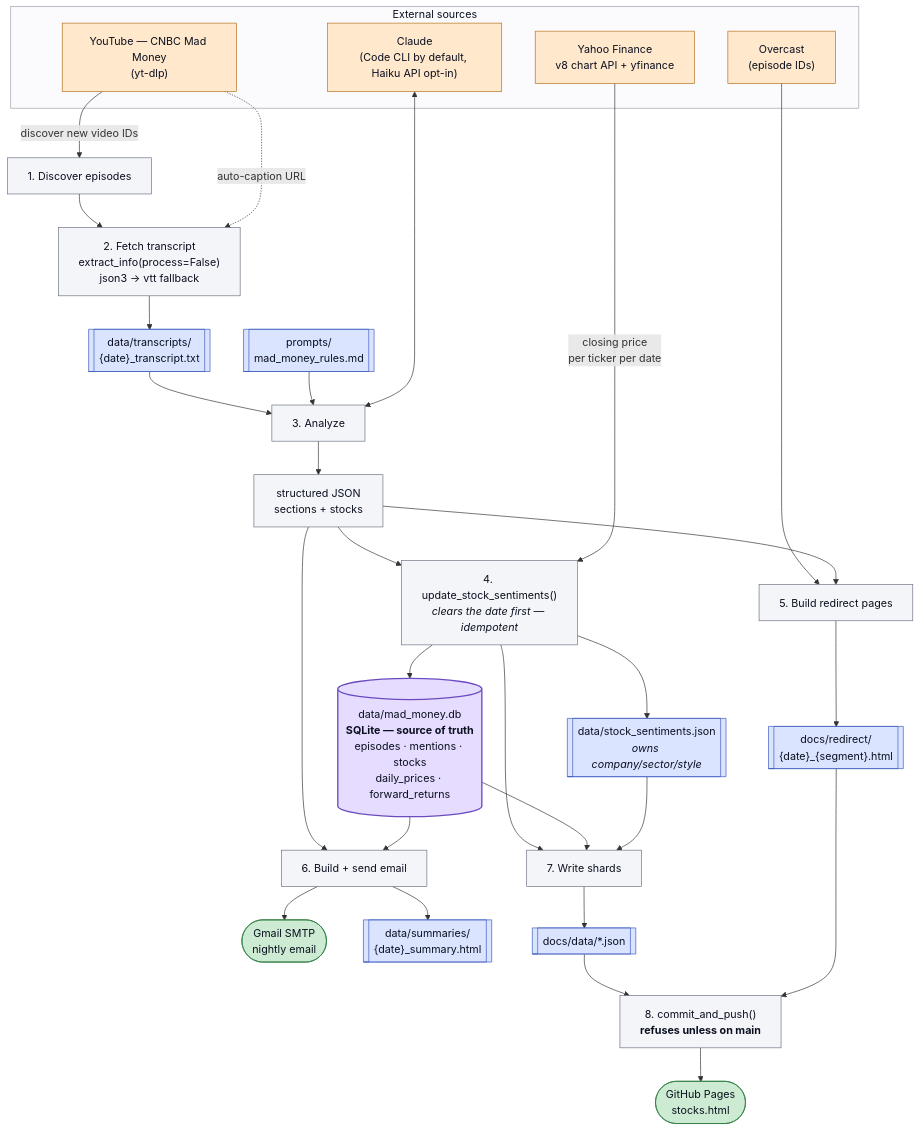
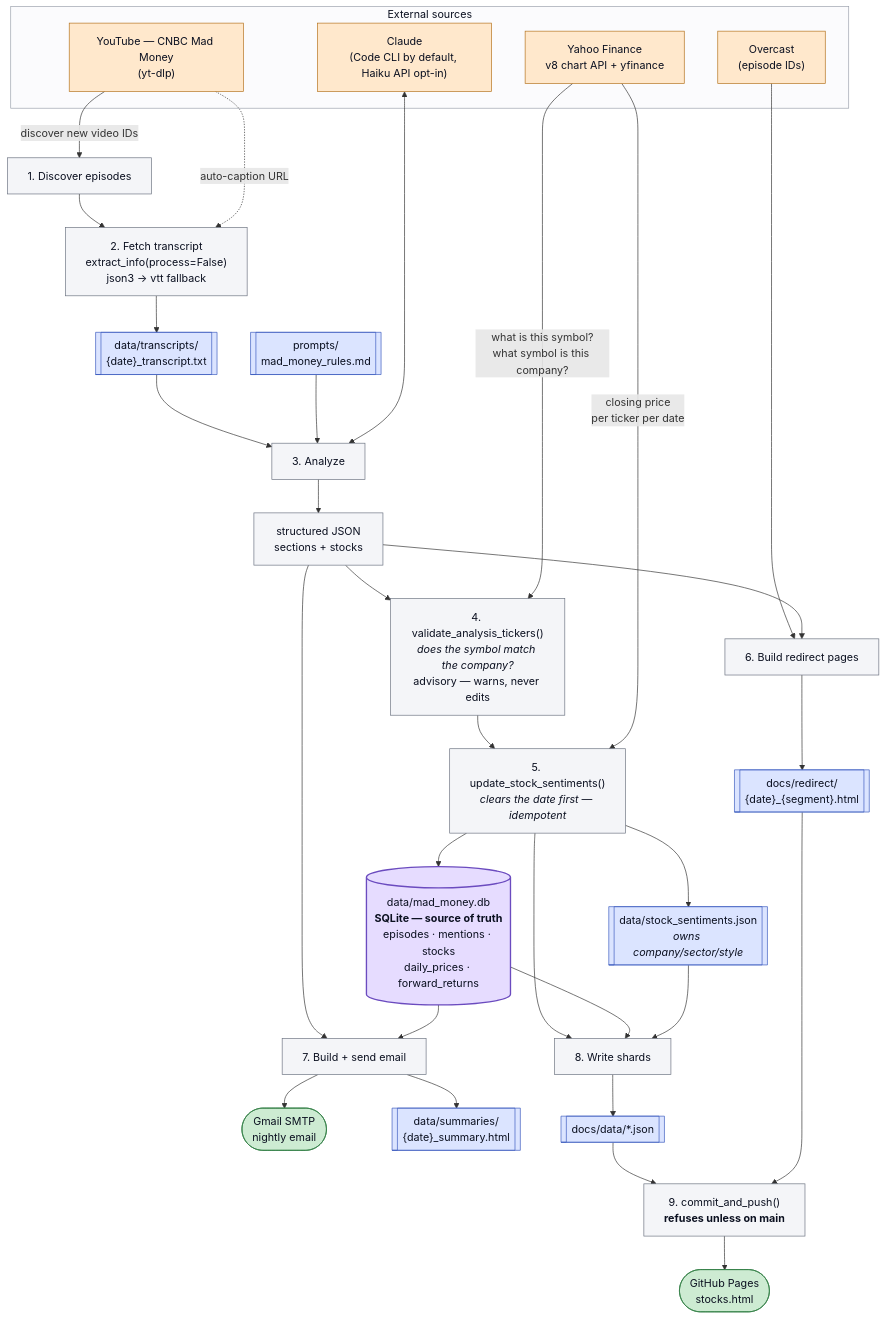
Before and after one commit to jf-silverman/yt-words: the first of 3 diagrams in notes/data-flow.md, drawn with Mermaid. The commit also changed other lines of this file and 2 other files, not shown here.

First line of the commit message:
Delete dead never-trigger prototype; bring all docs current

````diff
--- a/notes/data-flow.md
+++ b/notes/data-flow.md
@@ -10,58 +10,60 @@
 ```mermaid
 flowchart TD
     subgraph EXT["External sources"]
         YT["YouTube — CNBC Mad Money<br/>(yt-dlp)"]
         YF["Yahoo Finance<br/>v8 chart API + yfinance"]
         OC["Overcast<br/>(episode IDs)"]
         AN["Claude<br/>(Code CLI by default, Haiku API opt-in)"]
     end
 
     YT -->|"discover new video IDs"| DISC["1. Discover episodes"]
     DISC --> TR["2. Fetch transcript<br/>extract_info(process=False)<br/>json3 &rarr; vtt fallback"]
     YT -.->|"auto-caption URL"| TR
     TR --> TXT[["data/transcripts/<br/>{date}_transcript.txt"]]
 
     TXT --> ANA["3. Analyze"]
     RULES[["prompts/<br/>mad_money_rules.md"]] --> ANA
     AN <--> ANA
     ANA --> AJSON["structured JSON<br/>sections + stocks"]
 
-    AJSON --> UPD["4. update_stock_sentiments()<br/><i>clears the date first &mdash; idempotent</i>"]
+    AJSON --> VAL["4. validate_analysis_tickers()<br/><i>does the symbol match the company?</i><br/>advisory &mdash; warns, never edits"]
+    YF -->|"what is this symbol?<br/>what symbol is this company?"| VAL
+    VAL --> UPD["5. update_stock_sentiments()<br/><i>clears the date first &mdash; idempotent</i>"]
     YF -->|"closing price<br/>per ticker per date"| UPD
 
     UPD --> DB[("data/mad_money.db<br/><b>SQLite — source of truth</b><br/>episodes · mentions · stocks<br/>daily_prices · forward_returns")]
     UPD --> SS[["data/stock_sentiments.json<br/><i>owns company/sector/style</i>"]]
 
-    OC --> RED["5. Build redirect pages"]
+    OC --> RED["6. Build redirect pages"]
     AJSON --> RED
     RED --> RD[["docs/redirect/<br/>{date}_{segment}.html"]]
 
-    AJSON --> EM["6. Build + send email"]
+    AJSON --> EM["7. Build + send email"]
     DB --> EM
     EM --> MAIL(["Gmail SMTP<br/>nightly email"])
     EM --> SUM[["data/summaries/<br/>{date}_summary.html"]]
 
-    UPD --> SHARD["7. Write shards"]
+    UPD --> SHARD["8. Write shards"]
     DB --> SHARD
     SS --> SHARD
     SHARD --> DOCS[["docs/data/*.json"]]
 
-    DOCS --> PUSH["8. commit_and_push()<br/><b>refuses unless on main</b>"]
+    DOCS --> PUSH["9. commit_and_push()<br/><b>refuses unless on main</b>"]
     RD --> PUSH
     PUSH --> PAGES(["GitHub Pages<br/>stocks.html"])
 
     %% Every node is styled explicitly, including `default`. Anything left unstyled
     %% inherits the viewer's mermaid theme, which on GitHub in dark mode is a near-black
     %% fill — unreadable next to these light ones. Every class below sets an explicit
     %% text colour too, since a fill alone still inherits the theme's (light) text.
     classDef default fill:#f4f5f8,stroke:#6b7280,stroke-width:1px,color:#0b1020
     classDef store   fill:#dbe4ff,stroke:#3b5bbf,stroke-width:1px,color:#0b1020
     classDef out     fill:#cdebd2,stroke:#2f7d43,stroke-width:1px,color:#0b1020
     classDef ext     fill:#ffe8cc,stroke:#b3701a,stroke-width:1px,color:#0b1020
     classDef store_db fill:#e6dcff,stroke:#6b4bbf,stroke-width:2px,color:#0b1020
     class TXT,SS,RD,SUM,DOCS,RULES store
     class MAIL,PAGES out
     class YT,YF,OC,AN ext
     class DB store_db
     style EXT fill:#fbfbfd,stroke:#9aa0ac,color:#0b1020
 ```
````
